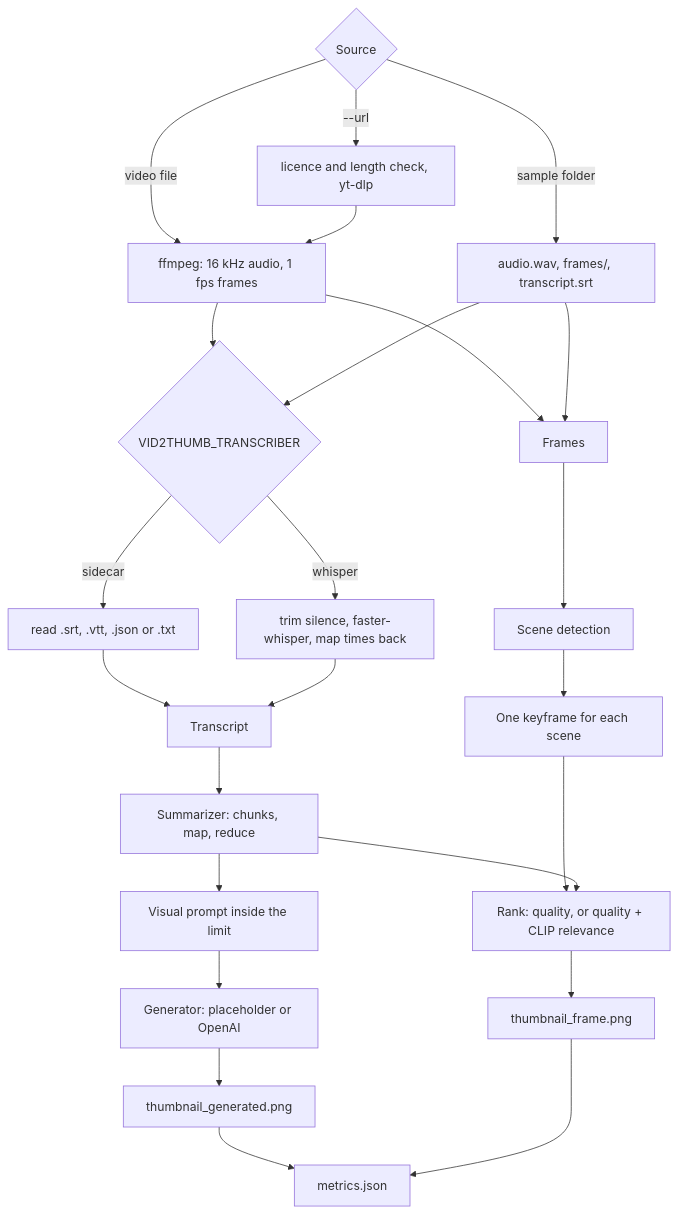
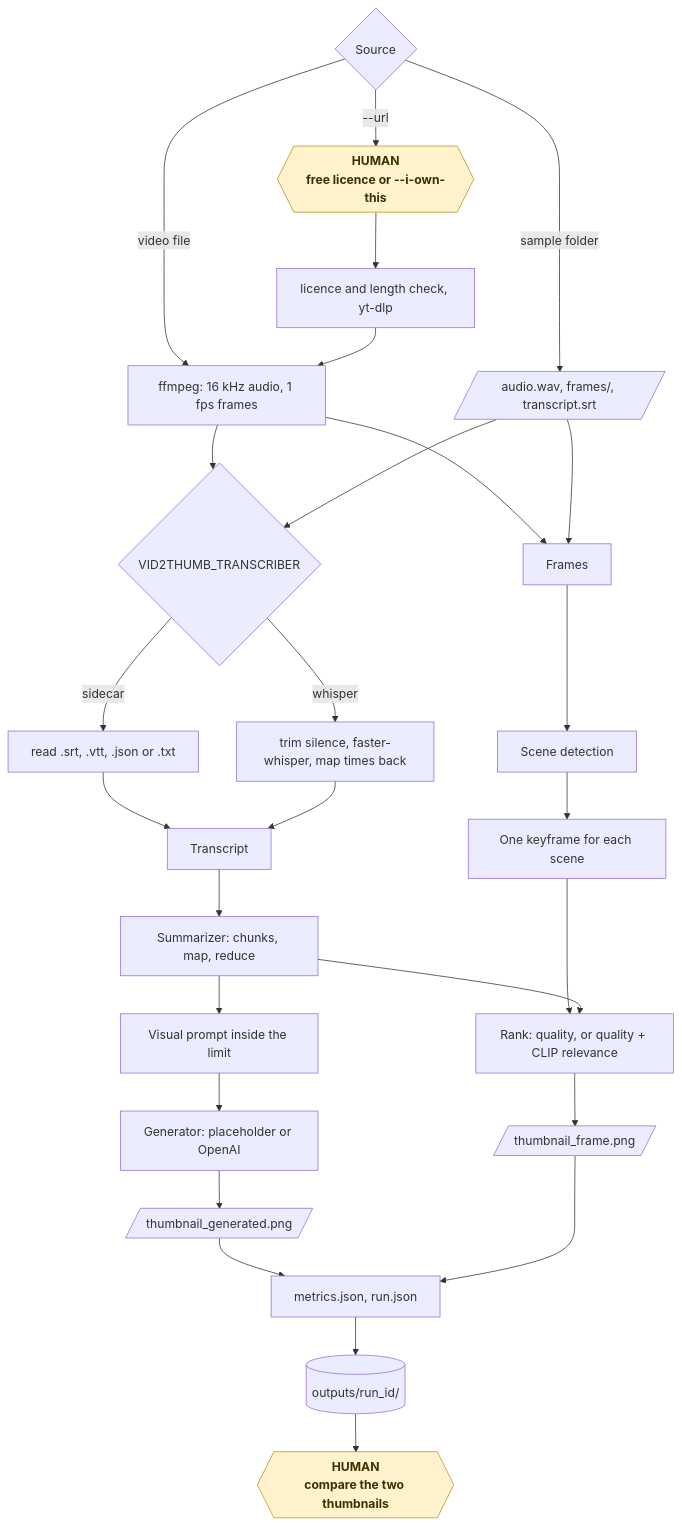
Before and after one commit to KrishnaAnnavaram/vid2thumb: the fifth of 16 diagrams in README.md, drawn with Mermaid. The commit also changed other lines of this file, not shown here.

Commit message:
Add the workflow diagrams to the README

````diff
--- a/README.md
+++ b/README.md
@@ -216,24 +276,30 @@
 ```mermaid
-flowchart TB
+flowchart TD
     SRC{"Source"} -- "video file" --> FF["ffmpeg: 16 kHz audio, 1 fps frames"]
-    SRC -- "sample folder" --> SF["audio.wav, frames/, transcript.srt"]
-    SRC -- "--url" --> DL["licence and length check, yt-dlp"] --> FF
+    SRC -- "sample folder" --> SF[/"audio.wav, frames/, transcript.srt"/]
+    SRC -- "--url" --> OWN{{"HUMAN<br/>free licence or --i-own-this"}}
+    OWN --> DL["licence and length check, yt-dlp"] --> FF
     FF --> TR{"VID2THUMB_TRANSCRIBER"}
     SF --> TR
     TR -- "sidecar" --> SC["read .srt, .vtt, .json or .txt"]
     TR -- "whisper" --> WH["trim silence, faster-whisper, map times back"]
     SC --> T["Transcript"]
     WH --> T
     T --> SUM["Summarizer: chunks, map, reduce"]
     SUM --> PR["Visual prompt inside the limit"]
     PR --> GEN["Generator: placeholder or OpenAI"]
-    GEN --> TG["thumbnail_generated.png"]
+    GEN --> TG[/"thumbnail_generated.png"/]
     FF --> FR["Frames"]
     SF --> FR
     FR --> SCN["Scene detection"] --> KEY["One keyframe for each scene"]
     KEY --> RANK["Rank: quality, or quality + CLIP relevance"]
     SUM --> RANK
-    RANK --> TF["thumbnail_frame.png"]
-    TG --> EV["metrics.json"]
+    RANK --> TF[/"thumbnail_frame.png"/]
+    TG --> EV["metrics.json, run.json"]
     TF --> EV
+    EV --> STORE[("outputs/run_id/")]
+    STORE --> CMP{{"HUMAN<br/>compare the two thumbnails"}}
+
+    classDef human fill:#fff3cd,stroke:#b8901f,color:#3d2f00,font-weight:bold
+    class OWN,CMP human
 ```
````
